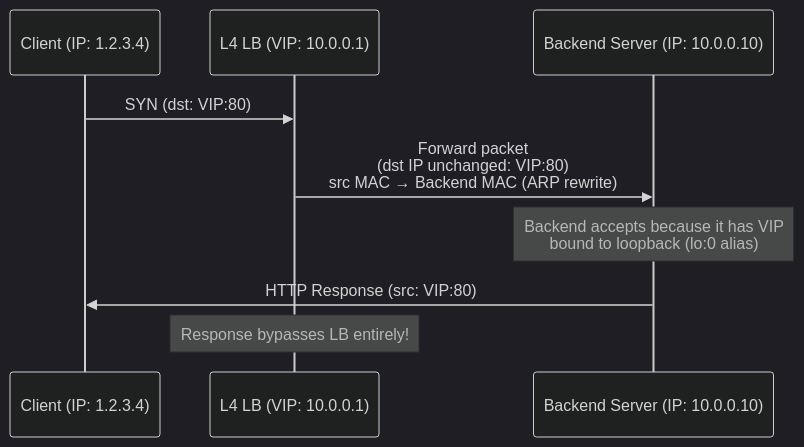
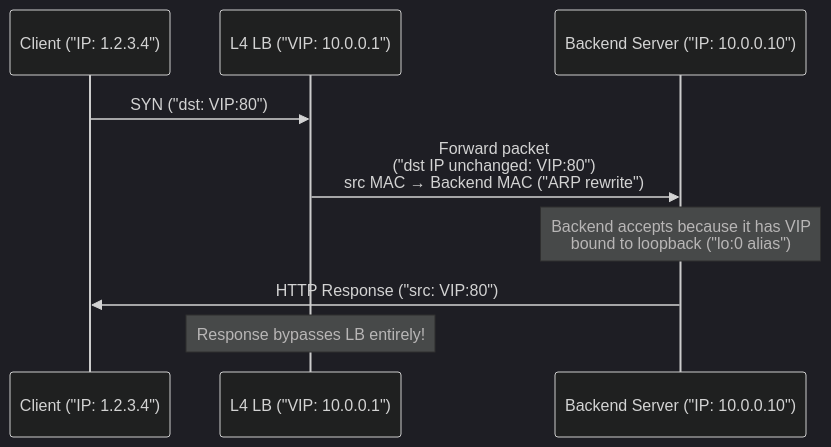
The second of 3 diagrams in content/series/system-design/02-load-balancing-api-gateway-go.md (vesviet/vesviet), drawn with Mermaid (dark theme) before and after one commit. The commit also changed other lines of this file and 331 other files, not shown here.

````diff
--- a/content/series/system-design/02-load-balancing-api-gateway-go.md
+++ b/content/series/system-design/02-load-balancing-api-gateway-go.md
@@ -90,12 +93,12 @@
 ```mermaid
 sequenceDiagram
-    participant C as Client (IP: 1.2.3.4)
-    participant LB as L4 LB (VIP: 10.0.0.1)
-    participant B as Backend Server (IP: 10.0.0.10)
+    participant C as Client ("IP: 1.2.3.4")
+    participant LB as L4 LB ("VIP: 10.0.0.1")
+    participant B as Backend Server ("IP: 10.0.0.10")
 
-    C->>LB: SYN (dst: VIP:80)
-    LB->>B: Forward packet<br/>(dst IP unchanged: VIP:80)<br/>src MAC → Backend MAC (ARP rewrite)
-    Note over B: Backend accepts because it has VIP<br/>bound to loopback (lo:0 alias)
-    B->>C: HTTP Response (src: VIP:80)
+    C->>LB: SYN ("dst: VIP:80")
+    LB->>B: Forward packet<br/>("dst IP unchanged: VIP:80")<br/>src MAC → Backend MAC ("ARP rewrite")
+    Note over B: Backend accepts because it has VIP<br/>bound to loopback ("lo:0 alias")
+    B->>C: HTTP Response ("src: VIP:80")
     Note over LB: Response bypasses LB entirely!
 ```
````
